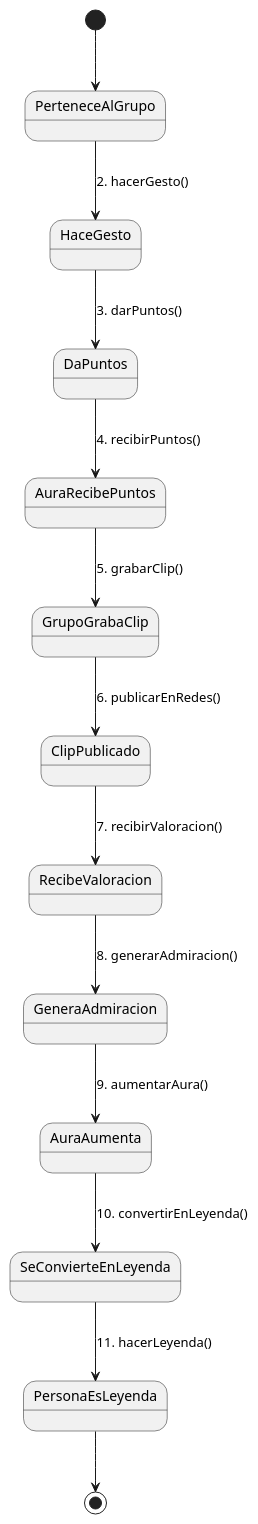
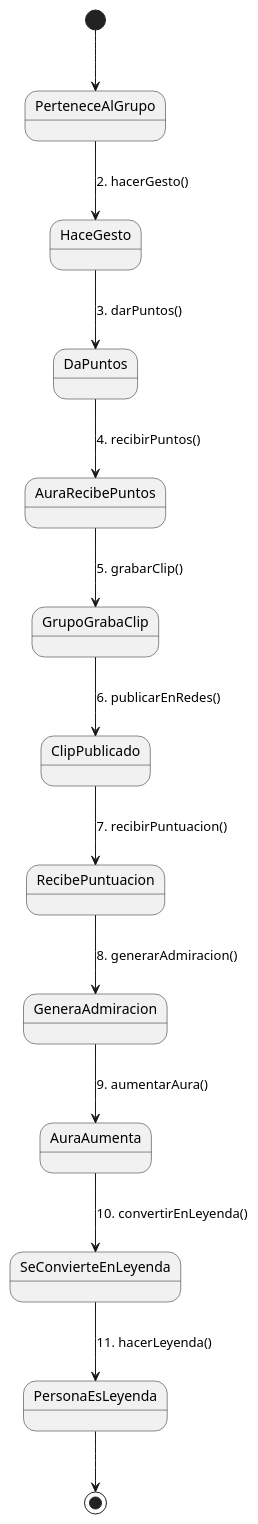
Before and after one commit to Alejandracuesta/26-27-idsw1-AC: the diagram in entregas/cuestaAlejandra/modelosUML/version2/diagramaestados.puml, drawn with PlantUML. The commit also changed 18 other files, not shown here.

Commit message:
Correccion de Vocabulario de los diagramas y enlaces

```diff
--- a/entregas/cuestaAlejandra/modelosUML/version2/diagramaestados.puml
+++ b/entregas/cuestaAlejandra/modelosUML/version2/diagramaestados.puml
@@ -1,21 +1,21 @@
 @startuml
 
 [*] --> PerteneceAlGrupo
 
 PerteneceAlGrupo --> HaceGesto : 2. hacerGesto()
 HaceGesto --> DaPuntos : 3. darPuntos()
 DaPuntos --> AuraRecibePuntos : 4. recibirPuntos()
 
 AuraRecibePuntos --> GrupoGrabaClip : 5. grabarClip()
 GrupoGrabaClip --> ClipPublicado : 6. publicarEnRedes()
 
-ClipPublicado --> RecibeValoracion : 7. recibirValoracion()
-RecibeValoracion --> GeneraAdmiracion : 8. generarAdmiracion()
+ClipPublicado --> RecibePuntuacion : 7. recibirPuntuacion()
+RecibePuntuacion --> GeneraAdmiracion : 8. generarAdmiracion()
 GeneraAdmiracion --> AuraAumenta : 9. aumentarAura()
 
 AuraAumenta --> SeConvierteEnLeyenda : 10. convertirEnLeyenda()
 SeConvierteEnLeyenda --> PersonaEsLeyenda : 11. hacerLeyenda()
 
 PersonaEsLeyenda --> [*]
 
 @enduml
```
